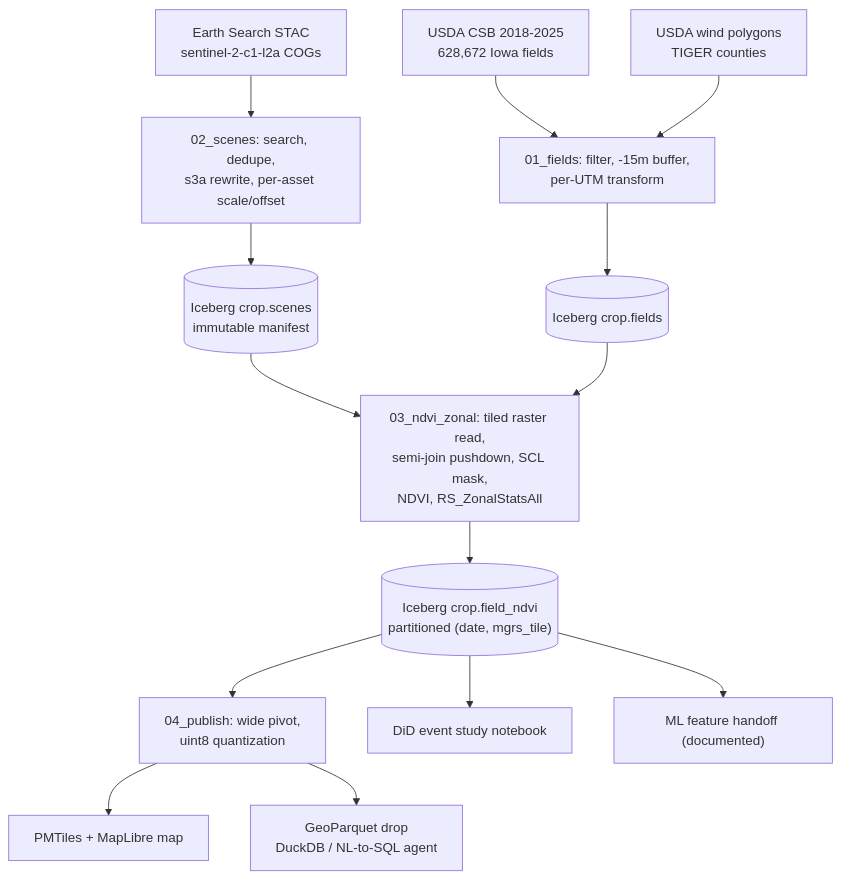
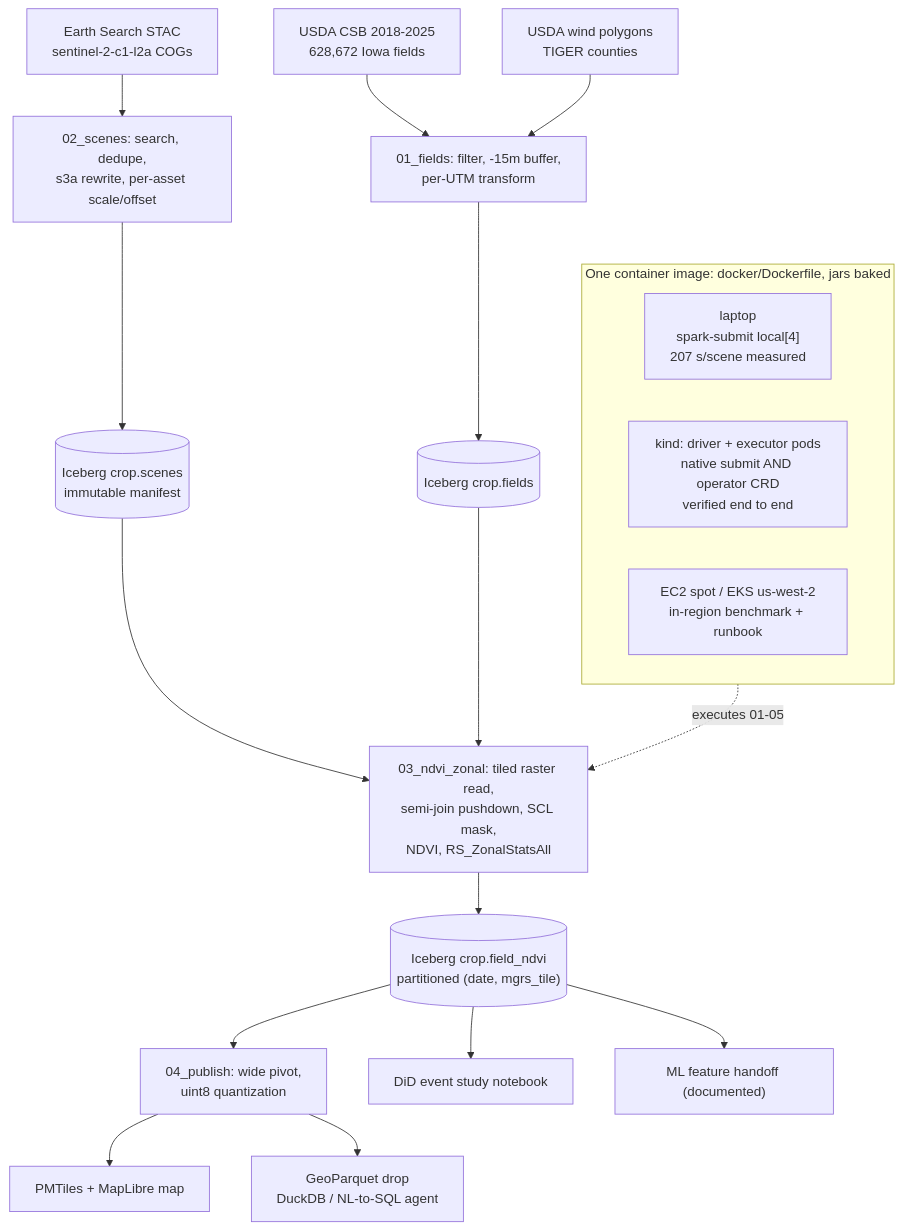
One commit to owensross27/s2-field-ndvi changed the diagram in README.md. Above: the diagram before and after it, drawn with Mermaid. The commit also changed other lines of this file and 1 other file, not shown here.

Commit message:
docs: README architecture gains verified runtime tier, kind measured rows
- mermaid: one-image runtime subgraph (laptop / kind verified / EC2-EKS)
- performance table: kind distributed demo row (1025s NDVI stage, measured)
- architecture.md compute targets: kind row marked verified end to end

````diff
--- a/README.md
+++ b/README.md
@@ -131,16 +131,22 @@
 ```mermaid
 flowchart TD
   A1["Earth Search STAC<br/>sentinel-2-c1-l2a COGs"] --> B["02_scenes: search, dedupe,<br/>s3a rewrite, per-asset scale/offset"]
   B --> C[("Iceberg crop.scenes<br/>immutable manifest")]
   A2["USDA CSB 2018-2025<br/>628,672 Iowa fields"] --> D["01_fields: filter, -15m buffer,<br/>per-UTM transform"]
   A3["USDA wind polygons<br/>TIGER counties"] --> D
   D --> E[("Iceberg crop.fields")]
   C --> F["03_ndvi_zonal: tiled raster read,<br/>semi-join pushdown, SCL mask,<br/>NDVI, RS_ZonalStatsAll"]
   E --> F
   F --> G[("Iceberg crop.field_ndvi<br/>partitioned (date, mgrs_tile)")]
   G --> H["04_publish: wide pivot,<br/>uint8 quantization"]
   H --> I["PMTiles + MapLibre map"]
   H --> J["GeoParquet drop<br/>DuckDB / NL-to-SQL agent"]
   G --> K["DiD event study notebook"]
   G --> L["ML feature handoff (documented)"]
+  subgraph RT["One container image: docker/Dockerfile, jars baked"]
+    R1["laptop<br/>spark-submit local[4]<br/>207 s/scene measured"]
+    R2["kind: driver + executor pods<br/>native submit AND operator CRD<br/>verified end to end"]
+    R3["EC2 spot / EKS us-west-2<br/>in-region benchmark + runbook"]
+  end
+  RT -. "executes 01-05" .-> F
 ```
````
